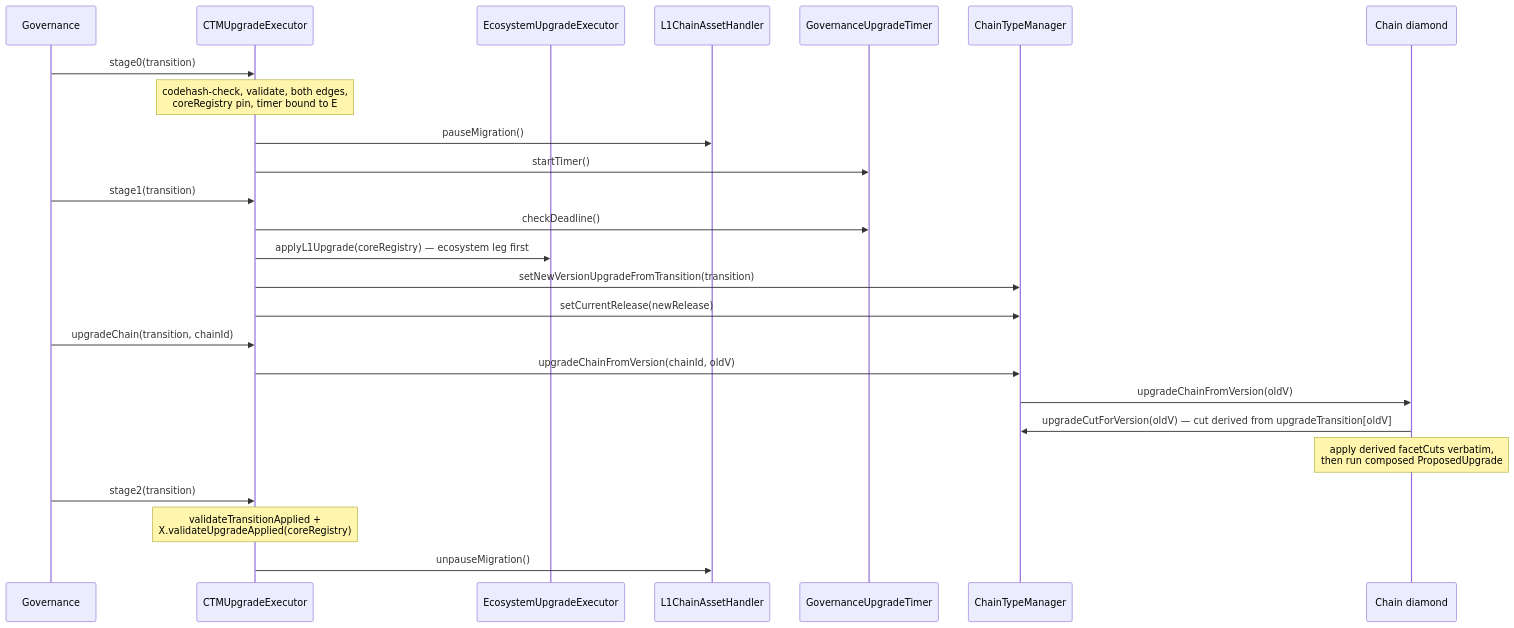
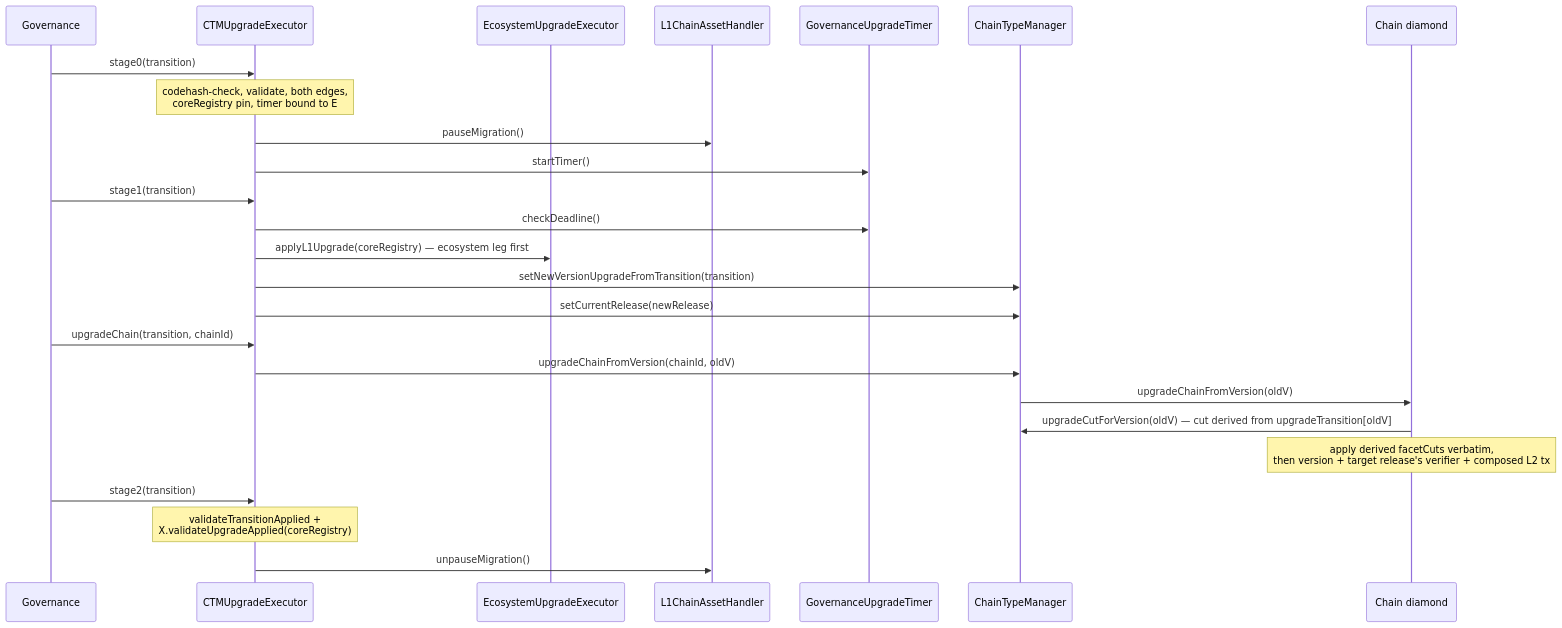
The third of 3 diagrams in docs/registry-driven-upgrades.md (matter-labs/era-contracts), drawn with Mermaid before and after one commit. The commit also changed other lines of this file and 37 other files, not shown here.

````diff
--- a/docs/registry-driven-upgrades.md
+++ b/docs/registry-driven-upgrades.md
@@ -384,28 +384,28 @@
 ```mermaid
 sequenceDiagram
     participant G as Governance
     participant E as CTMUpgradeExecutor
     participant X as EcosystemUpgradeExecutor
     participant H as L1ChainAssetHandler
     participant T as GovernanceUpgradeTimer
     participant C as ChainTypeManager
     participant D as Chain diamond
 
     G->>E: stage0(transition)
     Note over E: codehash-check, validate, both edges,<br/>coreRegistry pin, timer bound to E
     E->>H: pauseMigration()
     E->>T: startTimer()
     G->>E: stage1(transition)
     E->>T: checkDeadline()
     E->>X: applyL1Upgrade(coreRegistry) — ecosystem leg first
     E->>C: setNewVersionUpgradeFromTransition(transition)
     E->>C: setCurrentRelease(newRelease)
     G->>E: upgradeChain(transition, chainId)
     E->>C: upgradeChainFromVersion(chainId, oldV)
     C->>D: upgradeChainFromVersion(oldV)
     D->>C: upgradeCutForVersion(oldV) — cut derived from upgradeTransition[oldV]
-    Note over D: apply derived facetCuts verbatim,<br/>then run composed ProposedUpgrade
+    Note over D: apply derived facetCuts verbatim,<br/>then version + target release's verifier + composed L2 tx
     G->>E: stage2(transition)
     Note over E: validateTransitionApplied +<br/>X.validateUpgradeApplied(coreRegistry)
     E->>H: unpauseMigration()
 ```
````
